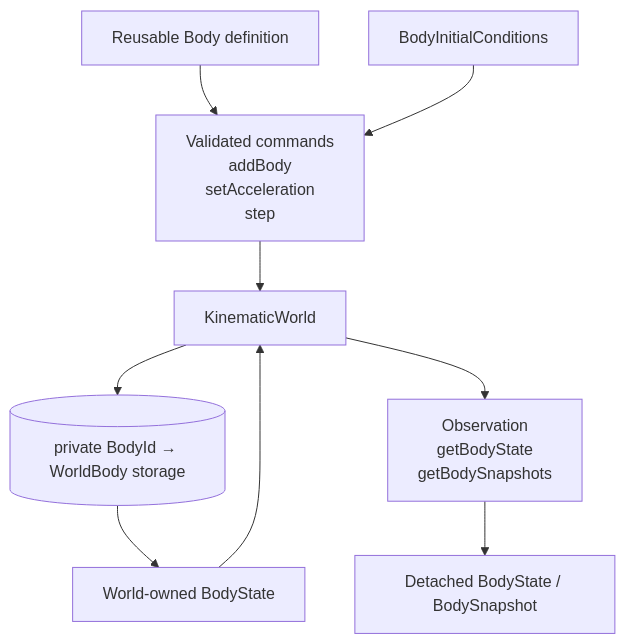
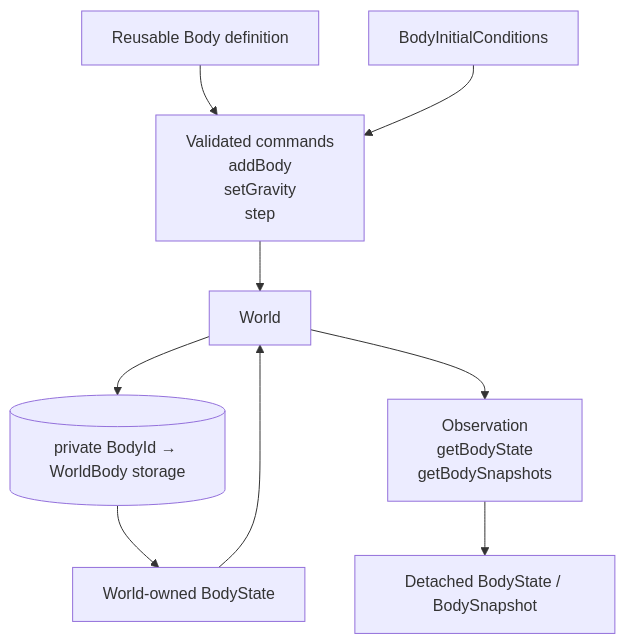
The fifth of 21 diagrams in docs/architecture/README.md (fa-ribeiro/vLab2D), drawn with Mermaid before and after one commit. The commit also changed other lines of this file and 12 other files, not shown here.

````diff
--- a/docs/architecture/README.md
+++ b/docs/architecture/README.md
@@ -192,22 +192,22 @@
 ```mermaid
 flowchart TD
     BODY["Reusable Body definition"]
     INIT["BodyInitialConditions"]
-    WORLD["KinematicWorld"]
+    WORLD["World"]
     STORE[("private BodyId → WorldBody storage")]
     STATE["World-owned BodyState"]
 
-    COMMANDS["Validated commands<br/>addBody<br/>setAcceleration<br/>step"]
+    COMMANDS["Validated commands<br/>addBody<br/>setGravity<br/>step"]
     QUERIES["Observation<br/>getBodyState<br/>getBodySnapshots"]
     SNAPSHOTS["Detached BodyState / BodySnapshot"]
 
     BODY --> COMMANDS
     INIT --> COMMANDS
     COMMANDS --> WORLD
     WORLD --> STORE
     STORE --> STATE
 
     STATE --> WORLD
     WORLD --> QUERIES
     QUERIES --> SNAPSHOTS
 ```
````
